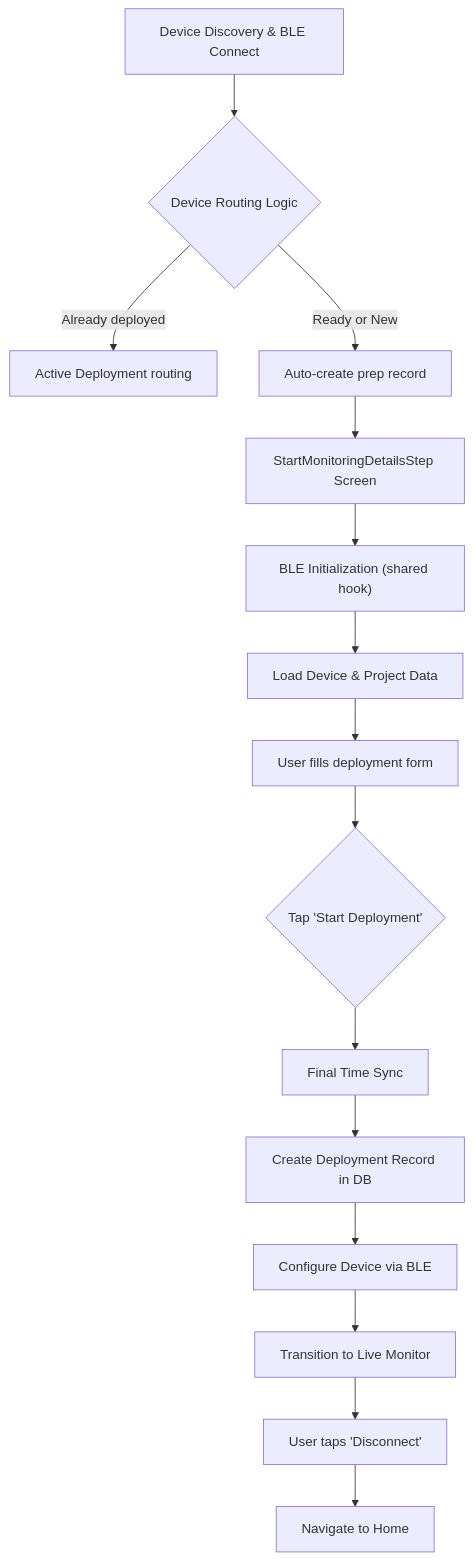
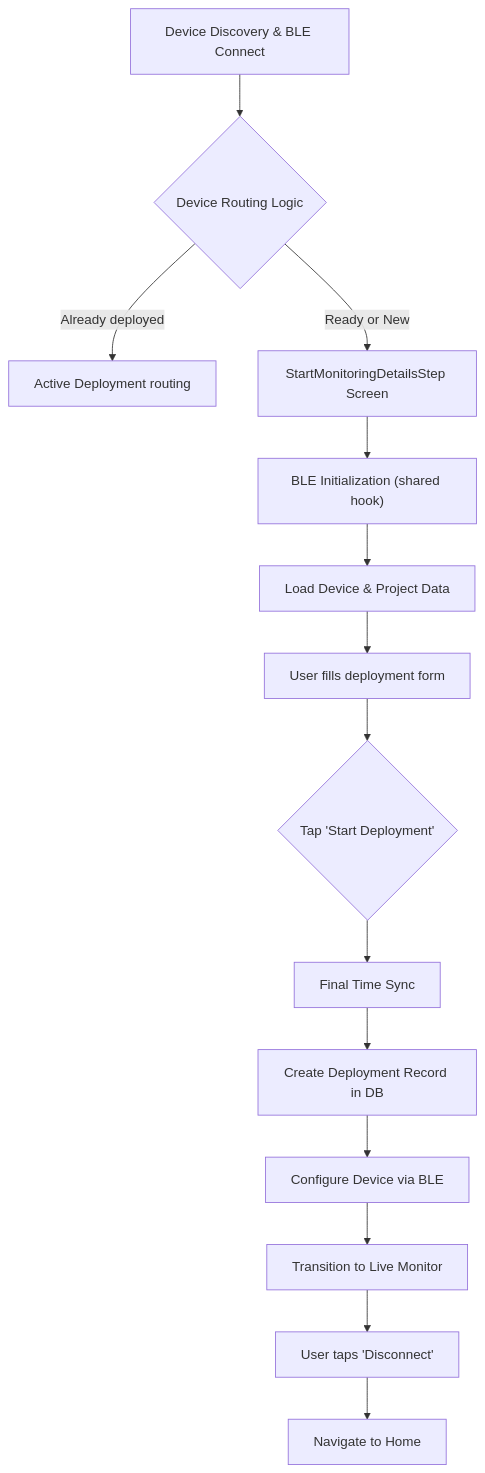
The second of 3 diagrams in documentation/onboarding/04-DEVICE-FLOWS.md (wildlifeai/ww-mobile-app), drawn with Mermaid before and after one commit. The commit also changed other lines of this file and 22 other files, not shown here.

First line of the commit message:
chore: sync schema from backend and fix documentation discrepancies

````diff
--- a/documentation/onboarding/04-DEVICE-FLOWS.md
+++ b/documentation/onboarding/04-DEVICE-FLOWS.md
@@ -62,18 +61,17 @@
 ```mermaid
 flowchart TD
     A["Device Discovery & BLE Connect"] --> B{"Device Routing Logic"}
     B -- "Already deployed" --> C["Active Deployment routing"]
-    B -- "Ready or New" --> D["Auto-create prep record"]
-    D --> E["StartMonitoringDetailsStep Screen"]
+    B -- "Ready or New" --> E["StartMonitoringDetailsStep Screen"]
     
     E --> F["BLE Initialization (shared hook)"]
     F --> G["Load Device & Project Data"]
     G --> H["User fills deployment form"]
     H --> I{"Tap 'Start Deployment'"}
     I --> J["Final Time Sync"]
     J --> K["Create Deployment Record in DB"]
     K --> L["Configure Device via BLE"]
     L --> M["Transition to Live Monitor"]
     M --> N["User taps 'Disconnect'"]
     N --> O["Navigate to Home"]
 ```
````
